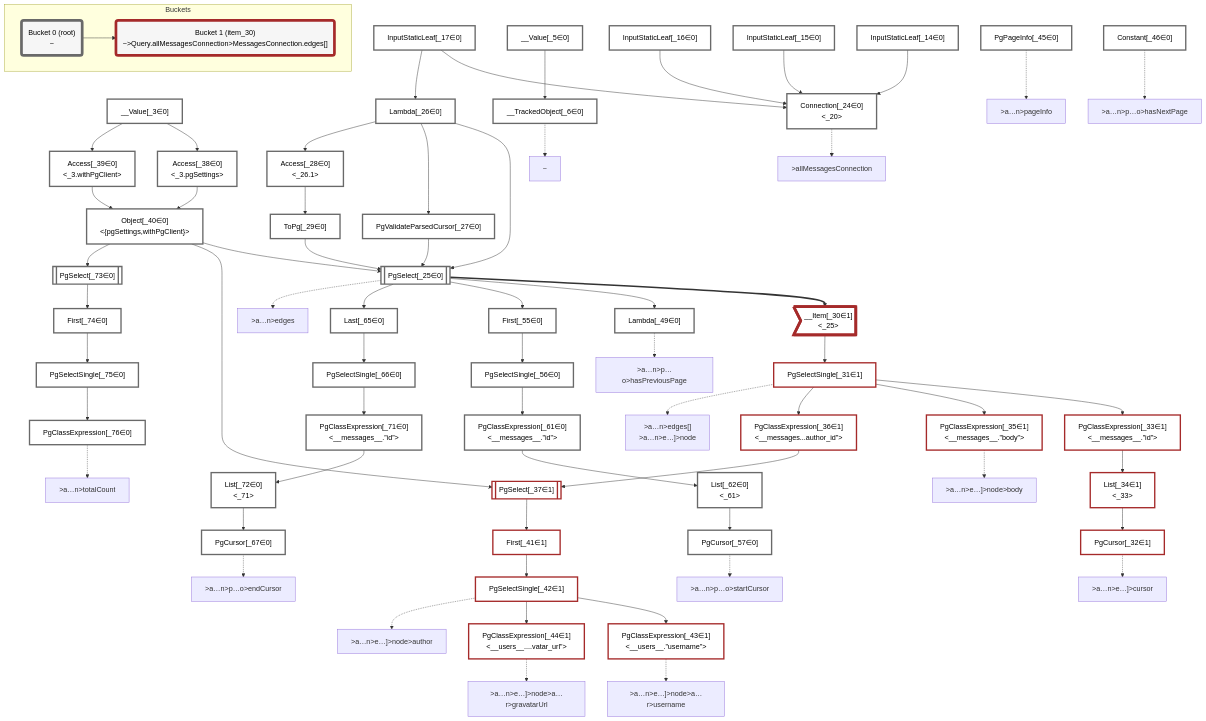
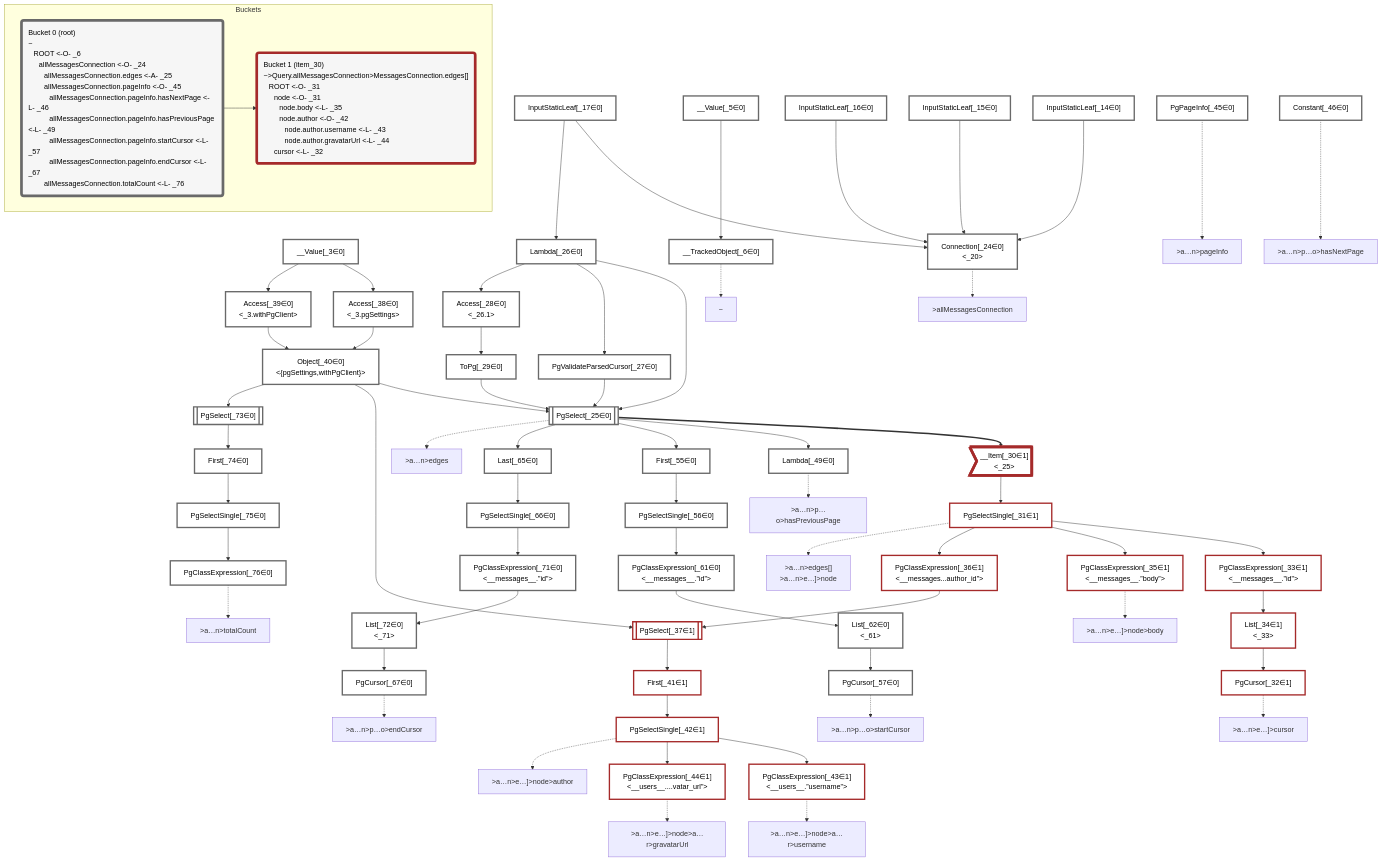
One commit to graphile/crystal changed the diagram in packages/dataplan-pg/__tests__/queries/connections/pagination-before-end-last.deopt.mermaid.md. Above: the diagram before and after it, drawn with Mermaid. The commit also changed 195 other files, not shown here.

```diff
--- a/packages/dataplan-pg/__tests__/queries/connections/pagination-before-end-last.deopt.mermaid.md
+++ b/packages/dataplan-pg/__tests__/queries/connections/pagination-before-end-last.deopt.mermaid.md
@@ -4,7 +4,7 @@
     classDef plan fill:#fff,stroke-width:3px,color:#000
     classDef itemplan fill:#fff,stroke-width:6px,color:#000
     classDef sideeffectplan fill:#f00,stroke-width:6px,color:#000
-    classDef bucket fill:#f6f6f6,color:#000,stroke-width:6px
+    classDef bucket fill:#f6f6f6,color:#000,stroke-width:6px,text-align:left
 
 
     %% define plans
@@ -140,9 +140,9 @@
     class __Item_30,PgSelectSingle_31,PgCursor_32,PgClassExpression_33,List_34,PgClassExpression_35,PgClassExpression_36,PgSelect_37,First_41,PgSelectSingle_42,PgClassExpression_43,PgClassExpression_44 bucket1
 
     subgraph Buckets
-    Bucket0("Bucket 0 (root)<br />~"):::bucket
+    Bucket0("Bucket 0 (root)<br />~<br />⠀ROOT <-O- _6<br />⠀⠀allMessagesConnection <-O- _24<br />⠀⠀⠀allMessagesConnection.edges <-A- _25<br />⠀⠀⠀allMessagesConnection.pageInfo <-O- _45<br />⠀⠀⠀⠀allMessagesConnection.pageInfo.hasNextPage <-L- _46<br />⠀⠀⠀⠀allMessagesConnection.pageInfo.hasPreviousPage <-L- _49<br />⠀⠀⠀⠀allMessagesConnection.pageInfo.startCursor <-L- _57<br />⠀⠀⠀⠀allMessagesConnection.pageInfo.endCursor <-L- _67<br />⠀⠀⠀allMessagesConnection.totalCount <-L- _76"):::bucket
     style Bucket0 stroke:#696969
-    Bucket1("Bucket 1 (item_30)<br />~>Query.allMessagesConnection>MessagesConnection.edges[]"):::bucket
+    Bucket1("Bucket 1 (item_30)<br />~>Query.allMessagesConnection>MessagesConnection.edges[]<br />⠀ROOT <-O- _31<br />⠀⠀node <-O- _31<br />⠀⠀⠀node.body <-L- _35<br />⠀⠀⠀node.author <-O- _42<br />⠀⠀⠀⠀node.author.username <-L- _43<br />⠀⠀⠀⠀node.author.gravatarUrl <-L- _44<br />⠀⠀cursor <-L- _32"):::bucket
     style Bucket1 stroke:#a52a2a
     Bucket0 --> Bucket1
     end
```
